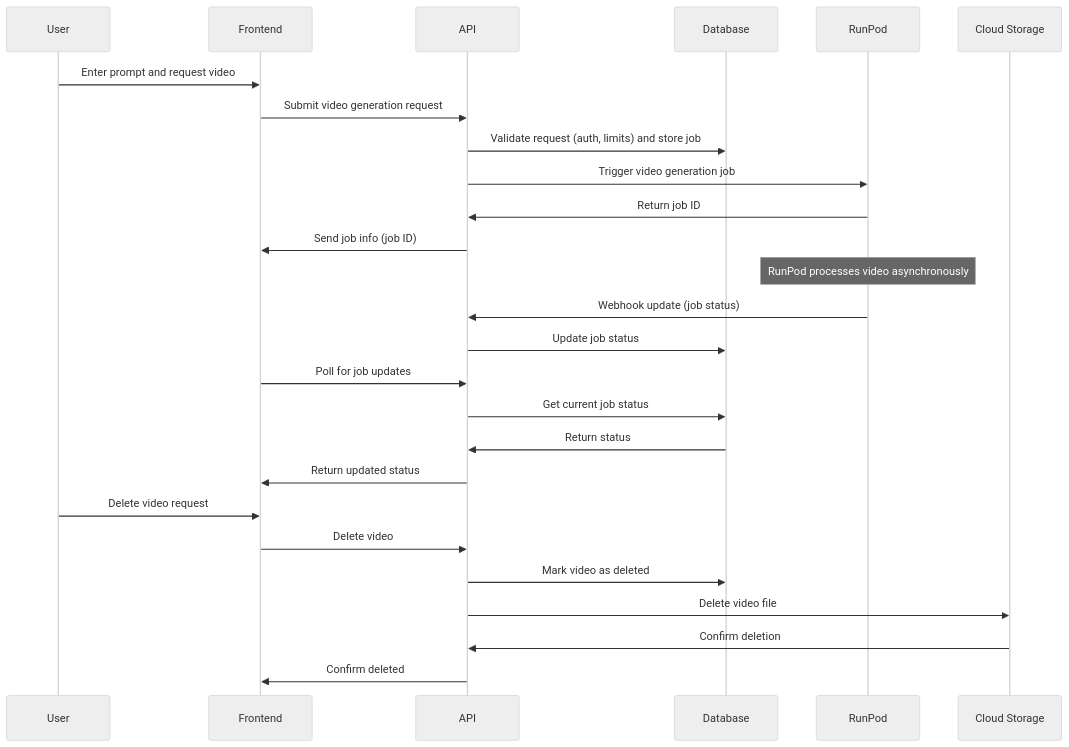
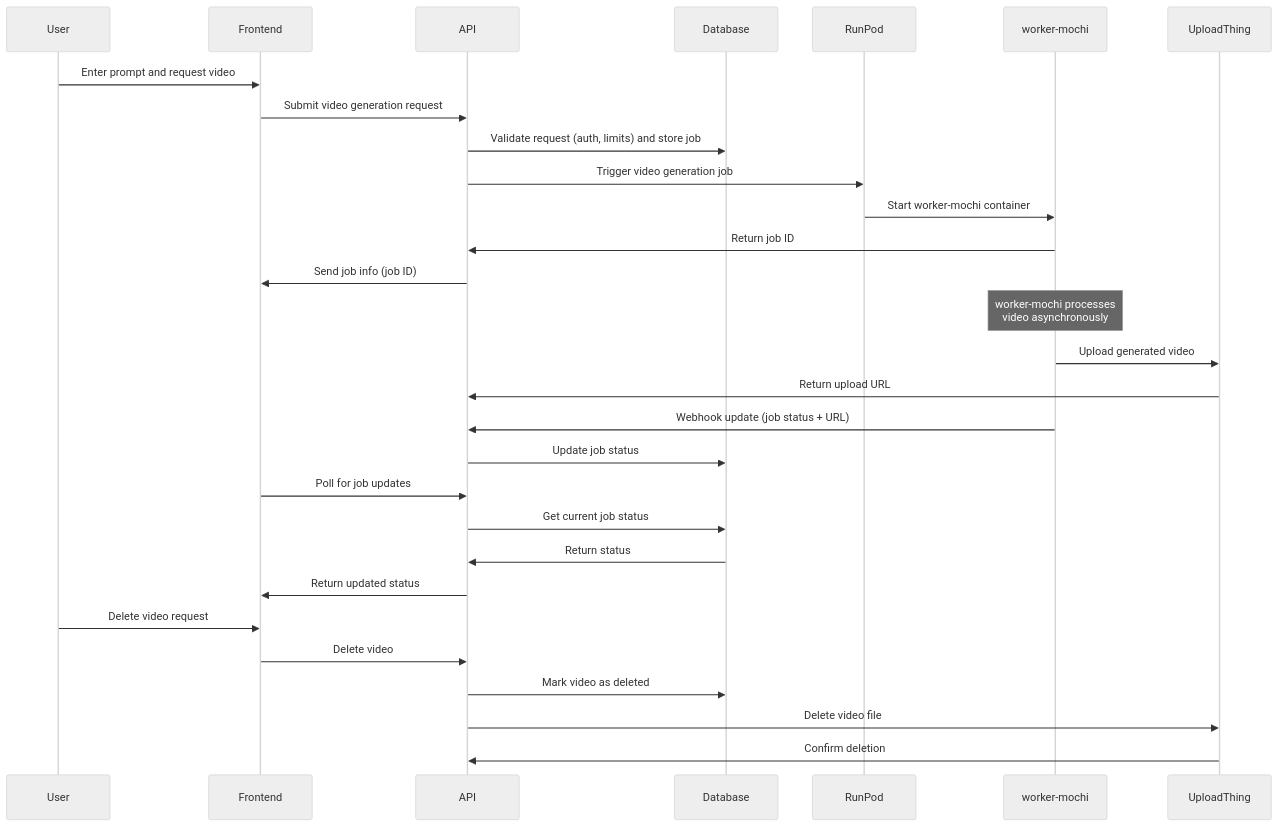
One commit to runpod/openv changed the fourth of 5 diagrams in docs/system-overview.md. Above: the diagram before and after it, drawn with Mermaid (neutral theme). The commit also changed other lines of this file, not shown here.

Commit message:
docs: added UploadThing and worker-mochi

````diff
--- a/docs/system-overview.md
+++ b/docs/system-overview.md
@@ -10,33 +107,36 @@
 ```mermaid
 sequenceDiagram
     participant U as User
     participant FE as Frontend
     participant API as API
     participant DB as Database
     participant RP as RunPod
-    participant CS as Cloud Storage
+    participant WM as worker-mochi
+    participant UT as UploadThing
 
     U->>FE: Enter prompt and request video
     FE->>API: Submit video generation request
     API->>DB: Validate request (auth, limits) and store job
     API->>RP: Trigger video generation job
-    RP->>API: Return job ID
+    RP->>WM: Start worker-mochi container
+    WM->>API: Return job ID
     API->>FE: Send job info (job ID)
 
-    Note over RP: RunPod processes video asynchronously
+    Note over WM: worker-mochi processes<br/>video asynchronously
 
-    RP->>API: Webhook update (job status)
+    WM->>UT: Upload generated video
+    UT->>API: Return upload URL
+    WM->>API: Webhook update (job status + URL)
     API->>DB: Update job status
 
     FE->>API: Poll for job updates
     API->>DB: Get current job status
     DB->>API: Return status
     API->>FE: Return updated status
 
     U->>FE: Delete video request
     FE->>API: Delete video
     API->>DB: Mark video as deleted
-    API->>CS: Delete video file
-    CS->>API: Confirm deletion
-    API->>FE: Confirm deleted
+    API->>UT: Delete video file
+    UT->>API: Confirm deletion
 ```
````
